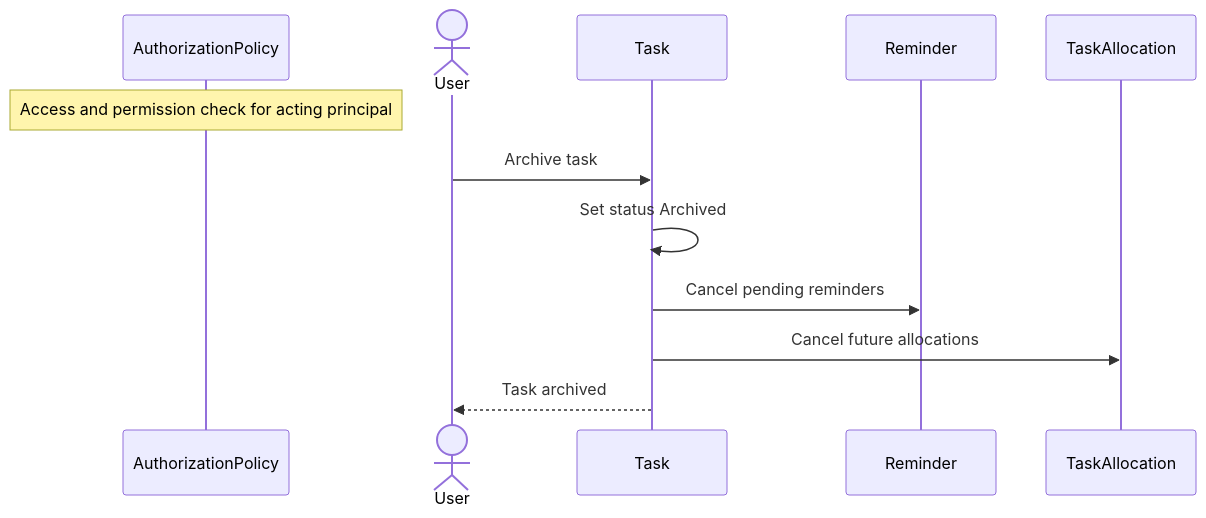
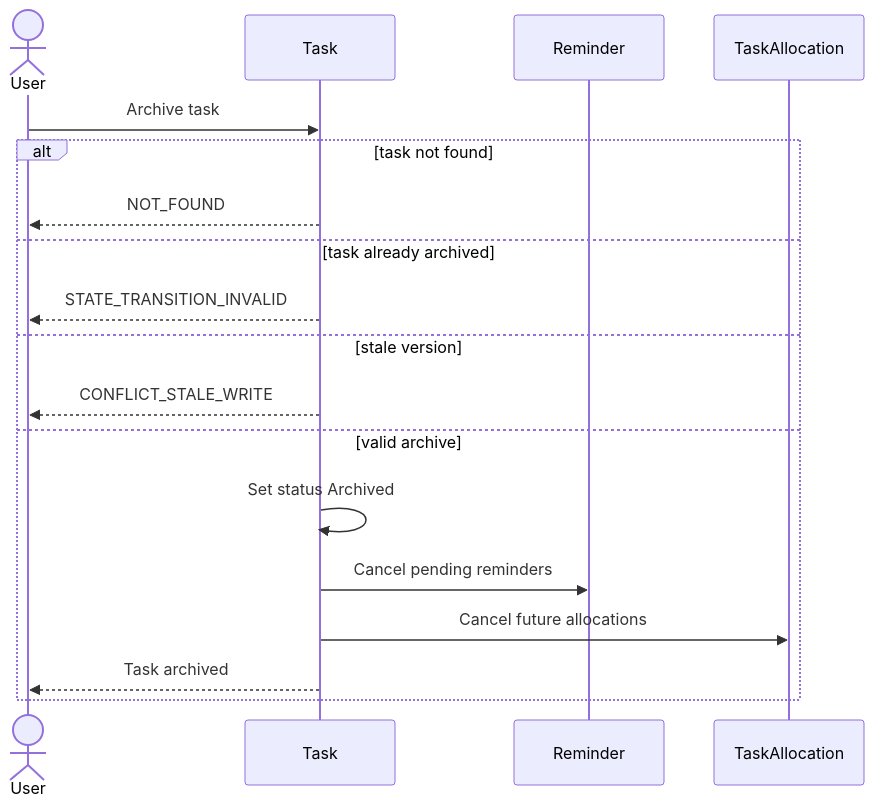
The seventh of 15 diagrams in architecture/sequence-diagrams/03-tasks-recurrence.md (ChidiRnweke/margin), drawn with Mermaid before and after one commit. The commit also changed other lines of this file and 12 other files, not shown here.

Commit message:
Enhance sequence diagrams and introduce traceability matrix

````diff
--- a/architecture/sequence-diagrams/03-tasks-recurrence.md
+++ b/architecture/sequence-diagrams/03-tasks-recurrence.md
@@ -112,14 +165,20 @@
 ```mermaid
 sequenceDiagram
-    participant G as AuthorizationPolicy
-    Note over G: Access and permission check for acting principal
     actor U as User
     participant T as Task
     participant R as Reminder
     participant A as TaskAllocation
     U->>T: Archive task
-    T->>T: Set status Archived
-    T->>R: Cancel pending reminders
-    T->>A: Cancel future allocations
-    T-->>U: Task archived
+    alt task not found
+        T-->>U: NOT_FOUND
+    else task already archived
+        T-->>U: STATE_TRANSITION_INVALID
+    else stale version
+        T-->>U: CONFLICT_STALE_WRITE
+    else valid archive
+        T->>T: Set status Archived
+        T->>R: Cancel pending reminders
+        T->>A: Cancel future allocations
+        T-->>U: Task archived
+    end
 ```
````
